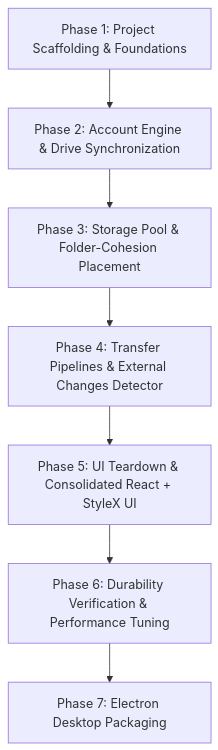
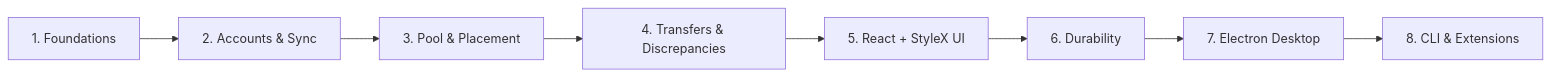
One commit to 4163/tsubasa-cloud changed the third of 3 diagrams in docs/roadmap.md. Above: the diagram before and after it, drawn with Mermaid. The commit also changed other lines of this file and 8 other files, not shown here.

````diff
--- a/docs/roadmap.md
+++ b/docs/roadmap.md
@@ -142,9 +117,10 @@
 ```mermaid
-flowchart TD
-    P1["Phase 1: Project Scaffolding & Foundations"] --> P2["Phase 2: Account Engine & Drive Synchronization"]
-    P2 --> P3["Phase 3: Storage Pool & Folder-Cohesion Placement"]
-    P3 --> P4["Phase 4: Transfer Pipelines & External Changes Detector"]
-    P4 --> P5["Phase 5: UI Teardown & Consolidated React + StyleX UI"]
-    P5 --> P6["Phase 6: Durability Verification & Performance Tuning"]
-    P6 --> P7["Phase 7: Electron Desktop Packaging"]
+flowchart LR
+    P1["1. Foundations"] --> P2["2. Accounts & Sync"]
+    P2 --> P3["3. Pool & Placement"]
+    P3 --> P4["4. Transfers & Discrepancies"]
+    P4 --> P5["5. React + StyleX UI"]
+    P5 --> P6["6. Durability"]
+    P6 --> P7["7. Electron Desktop"]
+    P7 --> P8["8. CLI & Extensions"]
 ```
````
